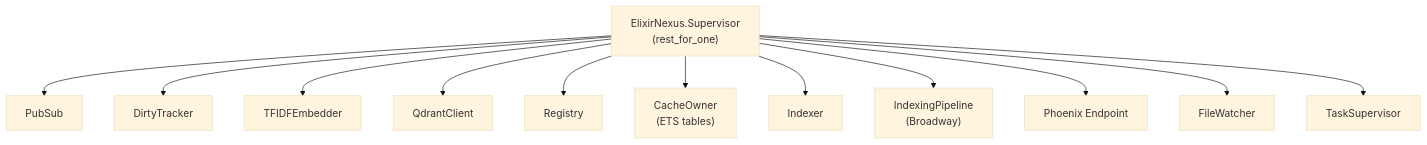
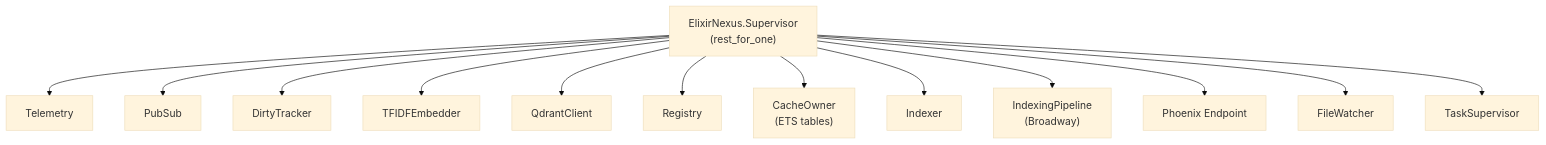
Before and after one commit to iksnerd/code-nexus: the third of 3 diagrams in README.md, drawn with Mermaid (base theme). The commit also changed other lines of this file and 15 other files, not shown here.

````diff
--- a/README.md
+++ b/README.md
@@ -235,15 +235,16 @@
 ```mermaid
 graph TD
     SUP["ElixirNexus.Supervisor<br/>(rest_for_one)"]
+    SUP --> TEL["Telemetry"]
     SUP --> PS["PubSub"]
     SUP --> DT["DirtyTracker"]
     SUP --> TF["TFIDFEmbedder"]
     SUP --> QC["QdrantClient"]
     SUP --> REG["Registry"]
     SUP --> CO["CacheOwner<br/>(ETS tables)"]
     SUP --> IDX["Indexer"]
     SUP --> IP["IndexingPipeline<br/>(Broadway)"]
     SUP --> EP["Phoenix Endpoint"]
     SUP --> FW["FileWatcher"]
     SUP --> TS["TaskSupervisor"]
 ```
````
